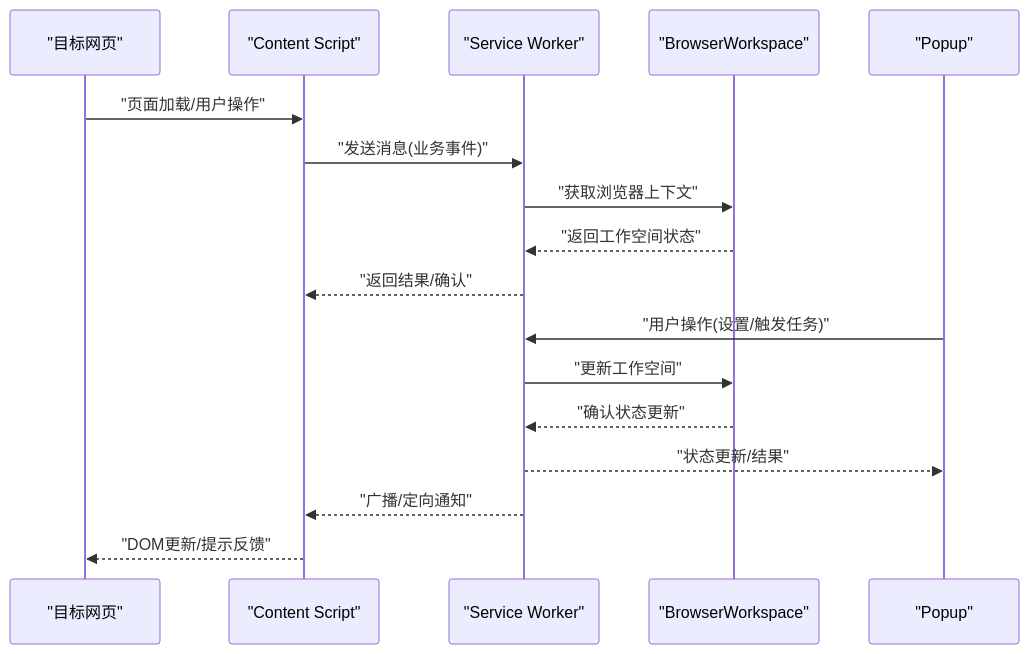
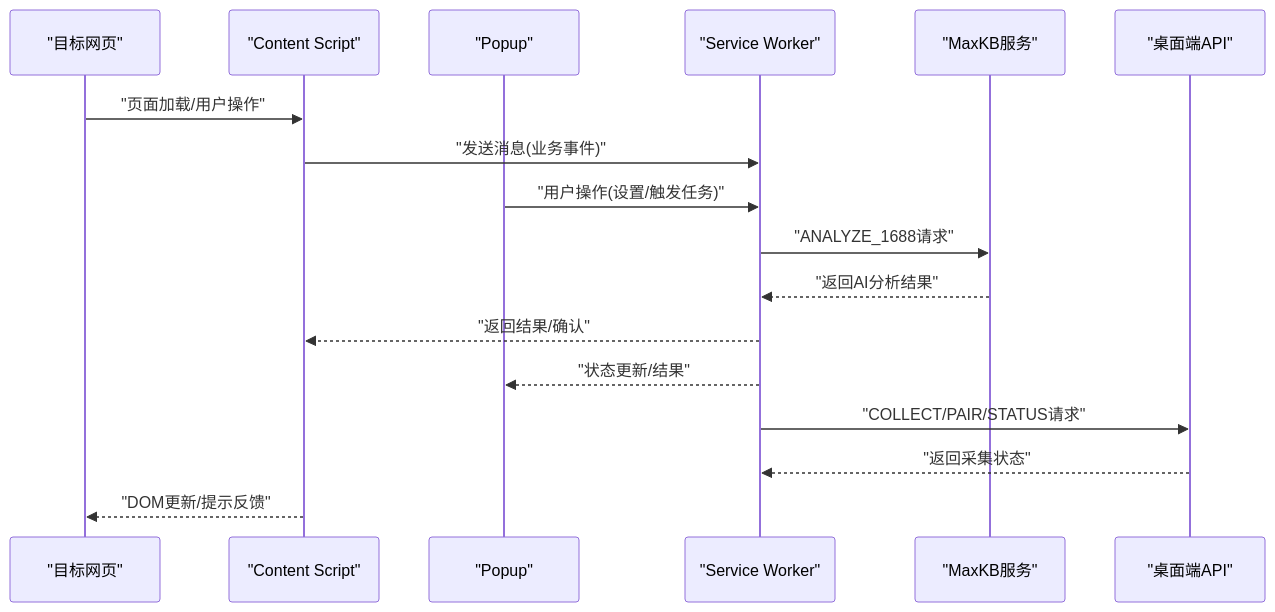
Before and after one commit to iljahofbauer219-lang/yandu: the second of 7 diagrams in .qoder/repowiki/zh/content/系统架构/浏览器扩展架构.md, drawn with Mermaid. The commit also changed other lines of this file and 340 other files, not shown here.

````diff
--- a/.qoder/repowiki/zh/content/系统架构/浏览器扩展架构.md
+++ b/.qoder/repowiki/zh/content/系统架构/浏览器扩展架构.md
@@ -110,19 +104,19 @@
 ```mermaid
 sequenceDiagram
 participant Page as "目标网页"
 participant CS as "Content Script"
+participant PU as "Popup"
 participant SW as "Service Worker"
-participant BW as "BrowserWorkspace"
-participant PU as "Popup"
+participant MAXKB as "MaxKB服务"
+participant DESKTOP as "桌面端API"
 Page->>CS : "页面加载/用户操作"
 CS->>SW : "发送消息(业务事件)"
-SW->>BW : "获取浏览器上下文"
-BW-->>SW : "返回工作空间状态"
+PU->>SW : "用户操作(设置/触发任务)"
+SW->>MAXKB : "ANALYZE_1688请求"
+MAXKB-->>SW : "返回AI分析结果"
 SW-->>CS : "返回结果/确认"
-PU->>SW : "用户操作(设置/触发任务)"
-SW->>BW : "更新工作空间"
-BW-->>SW : "确认状态更新"
 SW-->>PU : "状态更新/结果"
-SW-->>CS : "广播/定向通知"
+SW->>DESKTOP : "COLLECT/PAIR/STATUS请求"
+DESKTOP-->>SW : "返回采集状态"
 CS-->>Page : "DOM更新/提示反馈"
 ```
````
